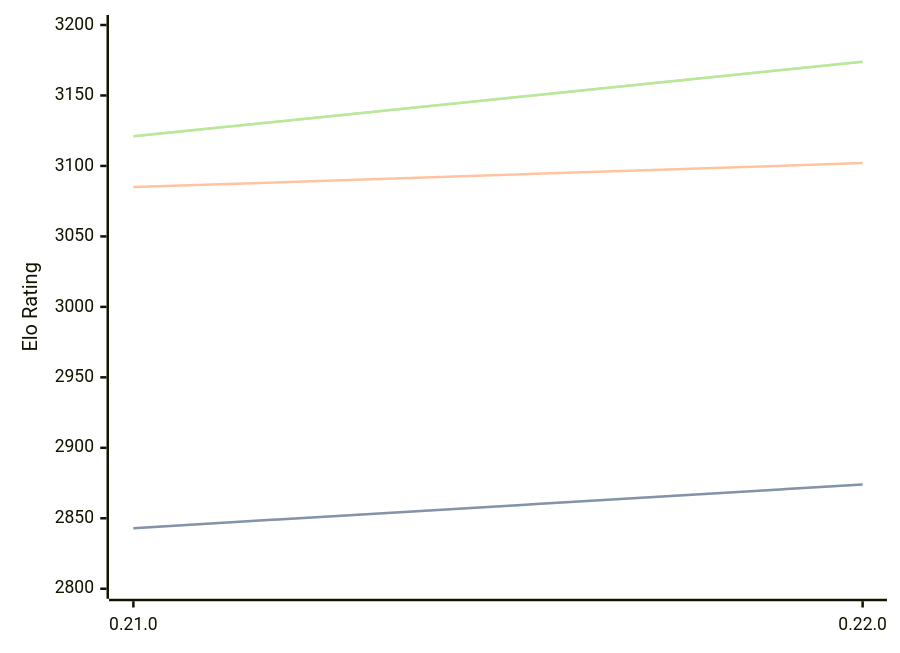
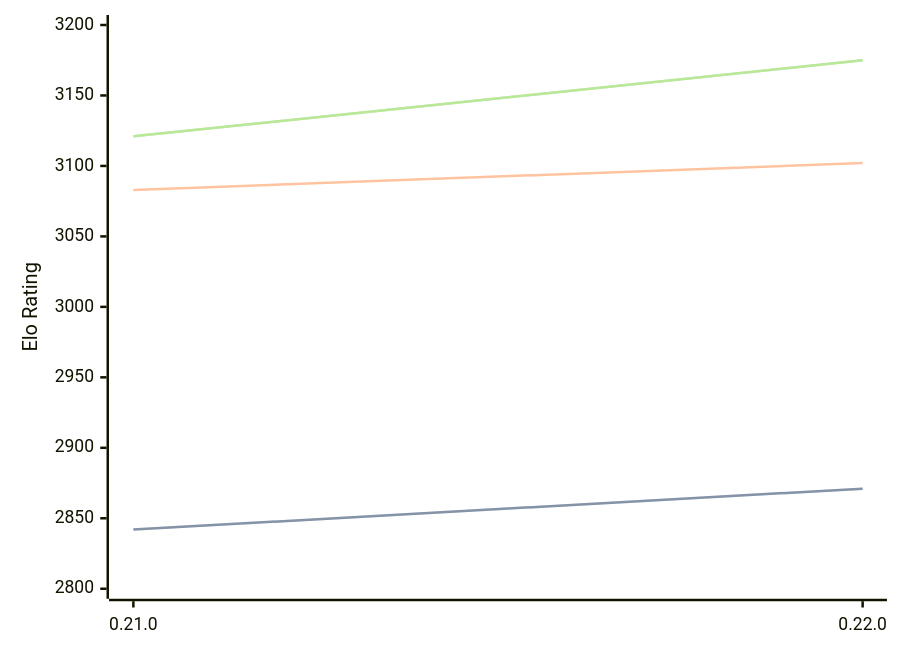
One commit to computer-chess-index/cci changed the diagram in engines/Princhess.md. Above: the diagram before and after it, drawn with Mermaid. The commit also changed other lines of this file, not shown here.

Commit message:
Update CCI Ratings (ELO VLTC) - 2026-09-30

````diff
--- a/engines/Princhess.md
+++ b/engines/Princhess.md
@@ -32,11 +32,11 @@
 ```mermaid
 %%{init: {"theme":"base","themeVariables":{"seriesColors:['#a3a3a3','#222221','#faa371']}}}%%
 xychart-beta
   x-axis ["0.21.0", "0.22.0"]
   y-axis "Elo Rating" 2800 --> 3200
-  line "" [2843, 2874]
-  line "STC (8.0+0.08s)" [2843, 2874]
-  line "LTC (60.0+0.60s)" [3085, 3102]
-  line "" [3121, 3174]
-  line "VLTC (2m24s+1.12s)" [3121, 3174]
+  line "" [2842, 2871]
+  line "STC (8.0+0.08s)" [2842, 2871]
+  line "LTC (60.0+0.60s)" [3083, 3102]
+  line "" [3121, 3175]
+  line "VLTC (2m24s+1.12s)" [3121, 3175]
 ```
````
